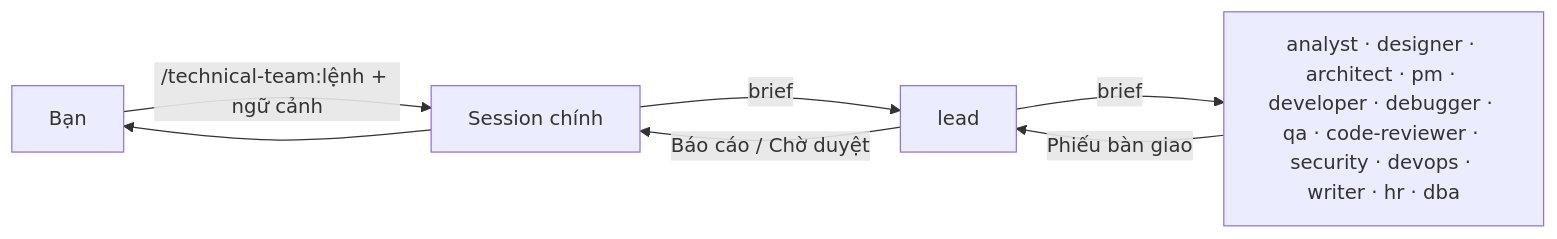
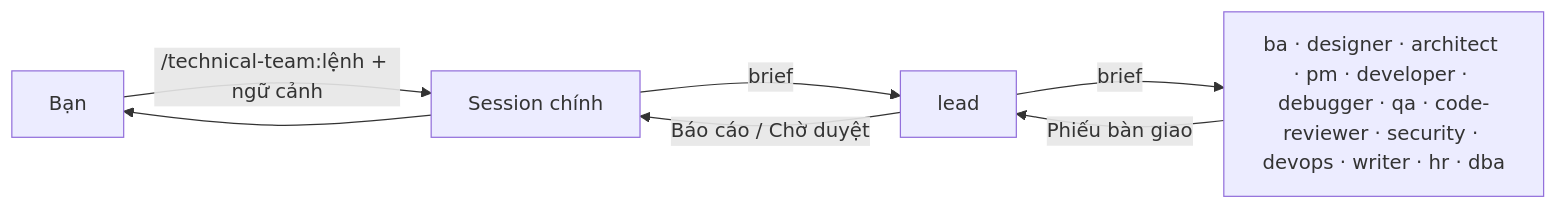
One commit to Tuan-Quyen/technical-teams changed the first of 4 diagrams in README.md. Above: the diagram before and after it, drawn with Mermaid. The commit also changed other lines of this file and 34 other files, not shown here.

````diff
--- a/README.md
+++ b/README.md
@@ -13,8 +13,8 @@
 ```mermaid
 flowchart LR
   U[Bạn] -->|/technical-team:lệnh + ngữ cảnh| M[Session chính]
   M -->|brief| L[lead]
-  L -->|brief| T[analyst · designer · architect · pm · developer · debugger · qa · code-reviewer · security · devops · writer · hr · dba]
+  L -->|brief| T[ba · designer · architect · pm · developer · debugger · qa · code-reviewer · security · devops · writer · hr · dba]
   T -->|Phiếu bàn giao| L
   L -->|Báo cáo / Chờ duyệt| M --> U
 ```
````
